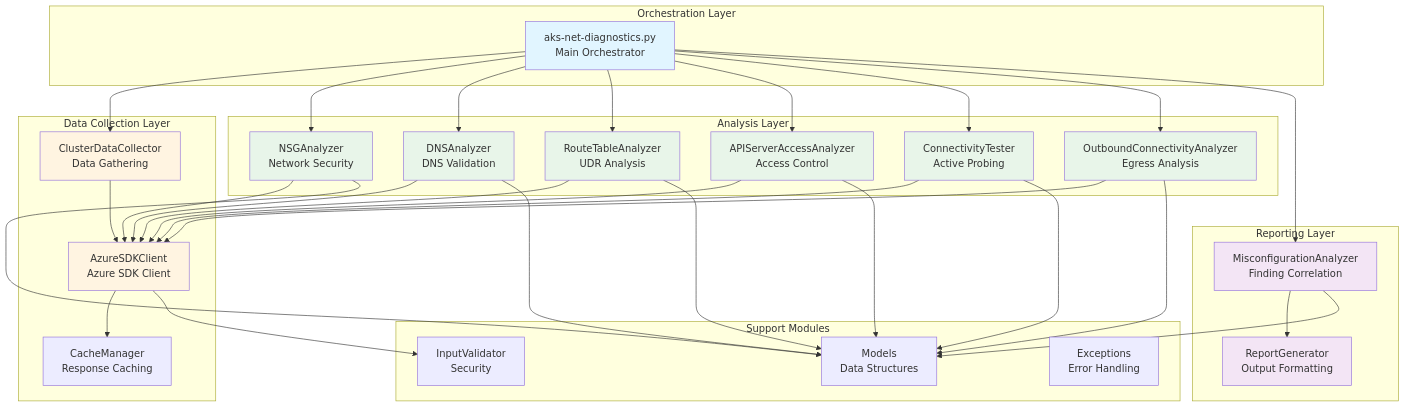
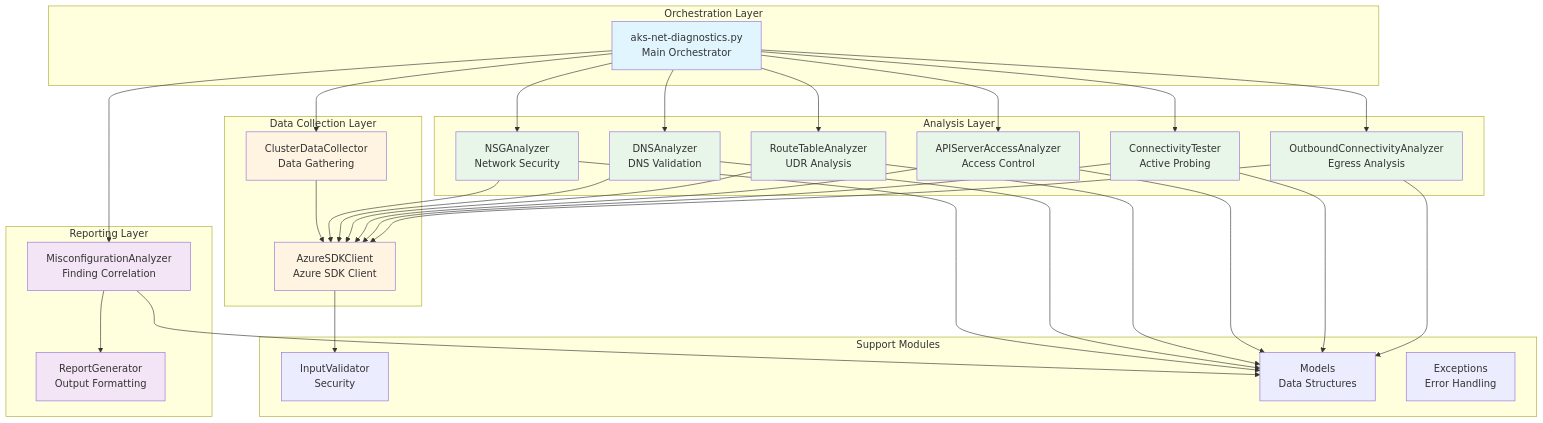
The first of 5 diagrams in ARCHITECTURE.md (sturrent/aks-net-diagnostics), drawn with Mermaid before and after one commit. The commit also changed other lines of this file and 5 other files, not shown here.

````diff
--- a/ARCHITECTURE.md
+++ b/ARCHITECTURE.md
@@ -20,57 +20,55 @@
 ```mermaid
 graph TB
     subgraph "Orchestration Layer"
         Main[aks-net-diagnostics.py<br/>Main Orchestrator]
     end
     
     subgraph "Data Collection Layer"
         CDC[ClusterDataCollector<br/>Data Gathering]
         AzSDK[AzureSDKClient<br/>Azure SDK Client]
-        Cache[CacheManager<br/>Response Caching]
     end
     
     subgraph "Analysis Layer"
         NSG[NSGAnalyzer<br/>Network Security]
         DNS[DNSAnalyzer<br/>DNS Validation]
         RT[RouteTableAnalyzer<br/>UDR Analysis]
         API[APIServerAccessAnalyzer<br/>Access Control]
         CT[ConnectivityTester<br/>Active Probing]
         OB[OutboundConnectivityAnalyzer<br/>Egress Analysis]
     end
     
     subgraph "Reporting Layer"
         MA[MisconfigurationAnalyzer<br/>Finding Correlation]
         RG[ReportGenerator<br/>Output Formatting]
     end
     
     subgraph "Support Modules"
         Val[InputValidator<br/>Security]
         Mod[Models<br/>Data Structures]
         Exc[Exceptions<br/>Error Handling]
     end
     
     Main --> CDC
     Main --> NSG & DNS & RT & API & CT & OB
     Main --> MA --> RG
     
     CDC --> AzSDK
     NSG & DNS & RT & API & CT & OB --> AzSDK
     
-    AzSDK --> Cache
     AzSDK --> Val
     
     NSG & DNS & RT & API & CT & OB --> Mod
     MA --> Mod
     
     style Main fill:#e1f5ff
     style CDC fill:#fff4e1
     style AzSDK fill:#fff4e1
     style NSG fill:#e8f5e9
     style DNS fill:#e8f5e9
     style RT fill:#e8f5e9
     style API fill:#e8f5e9
     style CT fill:#e8f5e9
     style OB fill:#e8f5e9
     style MA fill:#f3e5f5
     style RG fill:#f3e5f5
 ```
````
